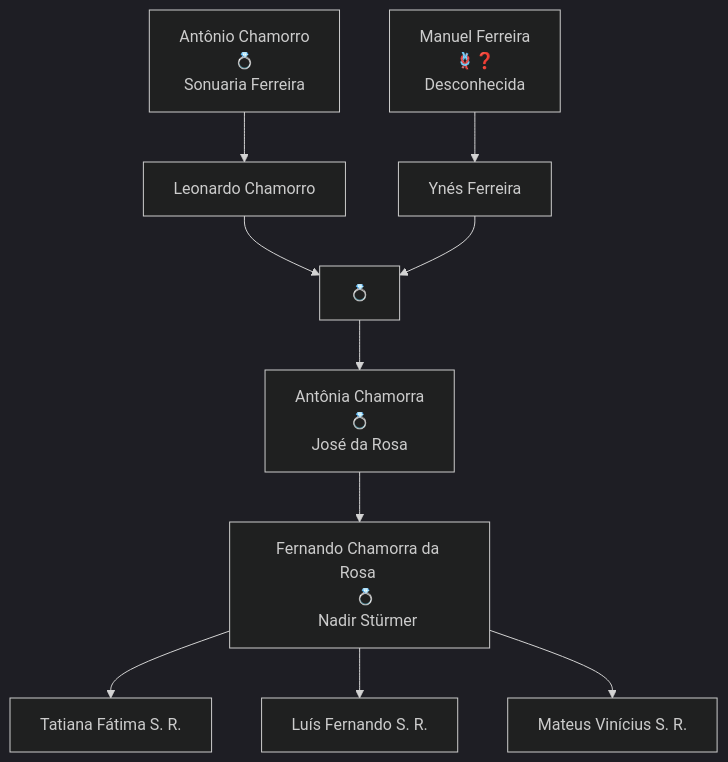
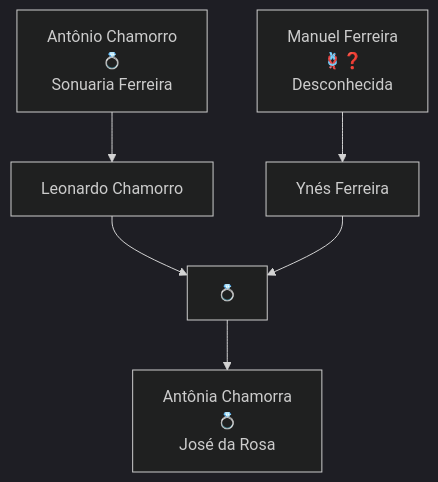
Before and after one commit to luisfsr/luisfsr.github.io: the second of 2 diagrams in docs/genealogia.md, drawn with Mermaid (dark theme). The commit also changed other lines of this file, not shown here.

````diff
--- a/docs/genealogia.md
+++ b/docs/genealogia.md
@@ -121,23 +97,17 @@
 ```mermaid
 graph TD
     a[Manuel Ferreira
     🪢❓
     Desconhecida]    
     d[Ynés Ferreira]
     a --> d
 
     A[Antônio Chamorro 
     💍 
     Sonuaria Ferreira] --> B[Leonardo Chamorro]
     B--> e[💍]
     d --> e
     e --> C[Antônia Chamorra 
     💍
     José da Rosa]
-    C --> D[Fernando Chamorra da Rosa 
-    💍 
-    Nadir Stürmer]
-    D --> E[Tatiana Fátima S. R.]
-    D --> F[Luís Fernando S. R.]
-    D --> G[Mateus Vinícius S. R.] 
 ```
````
